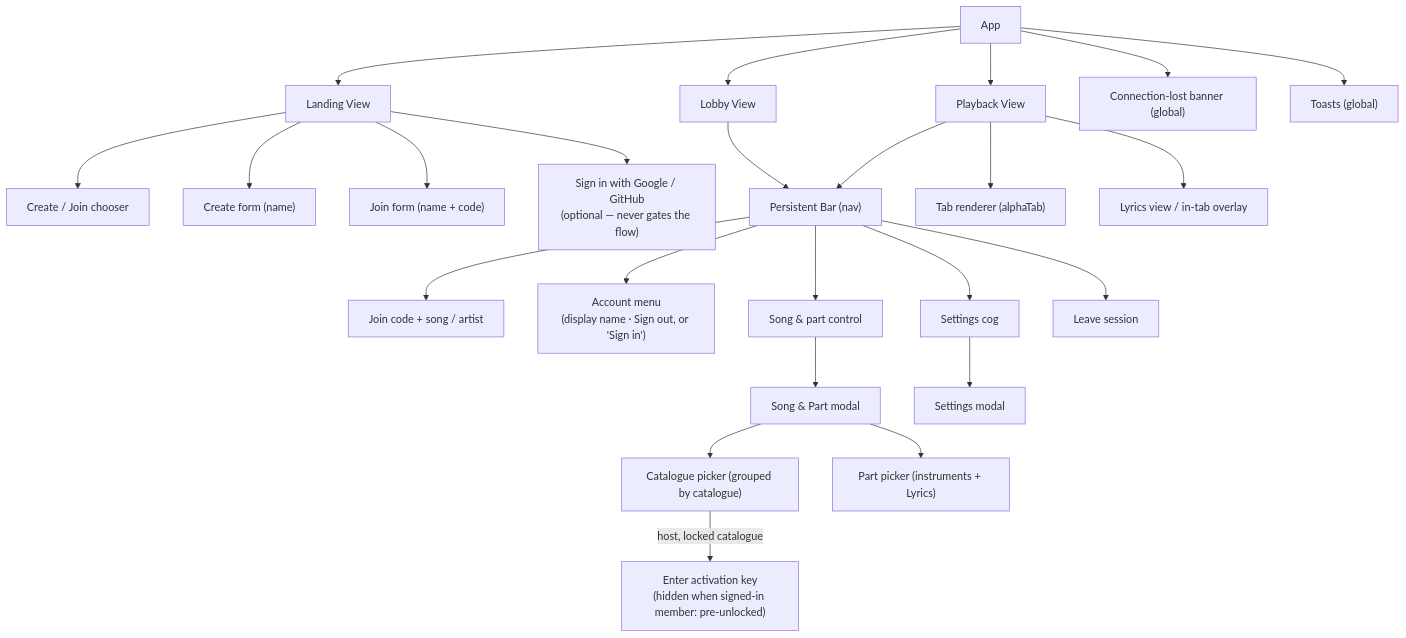
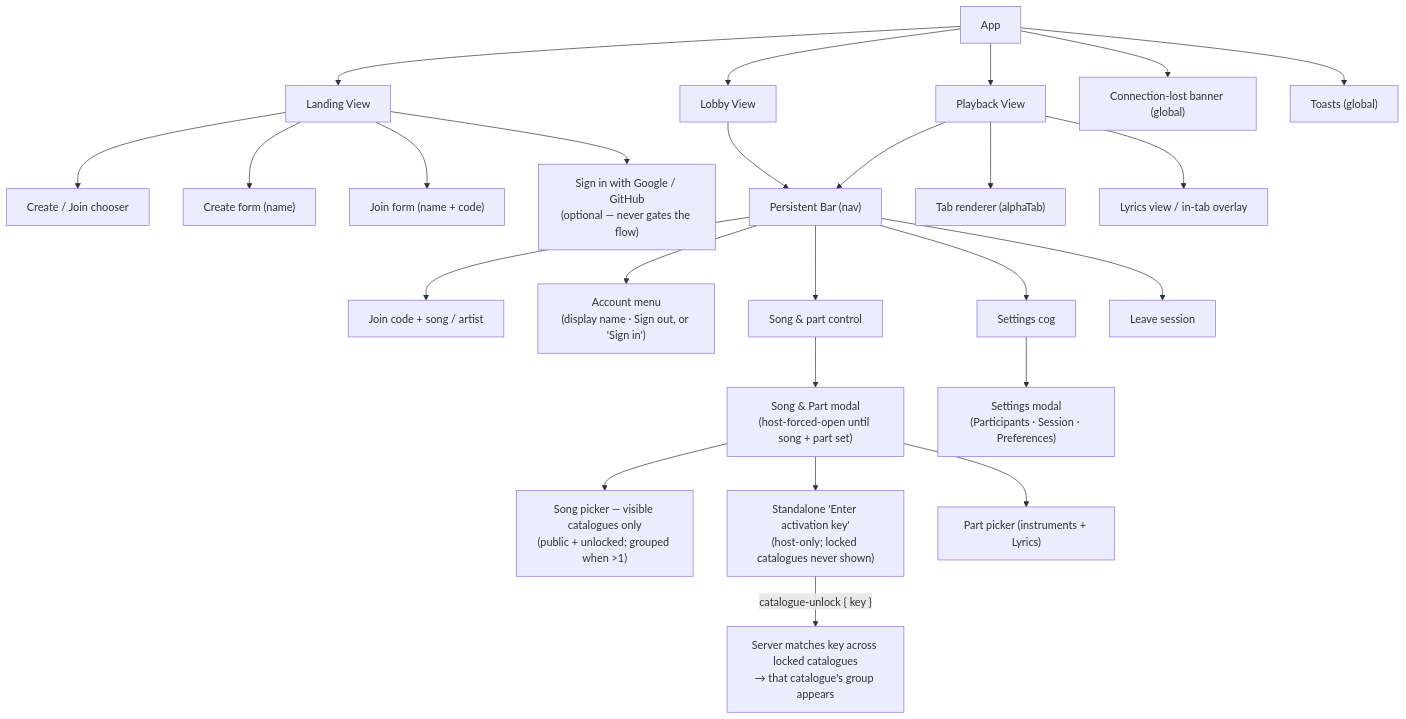
The third of 3 diagrams in README.md (kinda-bad/sync-tab-scroll), drawn with Mermaid before and after one commit. The commit also changed 1 other file, not shown here.

Commit message:
docs(ui): regenerate UI diagram — hidden locked catalogues, standalone key control
Claude-Session: https://claude.ai/code/session_01LH6HsXJ9DUjtgf3faLnqHc

````diff
--- a/README.md
+++ b/README.md
@@ -343,30 +343,31 @@
 ```mermaid
 graph TD
     App --> Landing["Landing View"]
     App --> Lobby["Lobby View"]
     App --> Playback["Playback View"]
     App --> ConnBanner["Connection-lost banner (global)"]
     App --> Toasts["Toasts (global)"]
 
     Landing --> Chooser["Create / Join chooser"]
     Landing --> CreateForm["Create form (name)"]
     Landing --> JoinForm["Join form (name + code)"]
     Landing --> SignIn["Sign in with Google / GitHub<br/>(optional — never gates the flow)"]
 
     Lobby --> Bar["Persistent Bar (nav)"]
     Playback --> Bar
     Bar --> JoinCodeId["Join code + song / artist"]
     Bar --> AccountMenu["Account menu<br/>(display name · Sign out, or 'Sign in')"]
     Bar --> SongPartCtl["Song & part control"]
     Bar --> SettingsCog["Settings cog"]
     Bar --> Leave["Leave session"]
 
-    SongPartCtl --> Modal["Song & Part modal"]
-    Modal --> CataloguePicker["Catalogue picker (grouped by catalogue)"]
-    CataloguePicker -->|"host, locked catalogue"| KeyCtl["Enter activation key<br/>(hidden when signed-in member: pre-unlocked)"]
+    SongPartCtl --> Modal["Song & Part modal<br/>(host-forced-open until song + part set)"]
+    Modal --> SongPicker["Song picker — visible catalogues only<br/>(public + unlocked; grouped when &gt;1)"]
+    Modal --> KeyCtl["Standalone 'Enter activation key'<br/>(host-only; locked catalogues never shown)"]
+    KeyCtl -->|"catalogue-unlock { key }"| Unlocked["Server matches key across locked catalogues<br/>→ that catalogue's group appears"]
     Modal --> PartPicker["Part picker (instruments + Lyrics)"]
 
     Playback --> TabRender["Tab renderer (alphaTab)"]
     Playback --> LyricsOverlay["Lyrics view / in-tab overlay"]
-    SettingsCog --> SettingsModal["Settings modal"]
+    SettingsCog --> SettingsModal["Settings modal<br/>(Participants · Session · Preferences)"]
 ```
````
